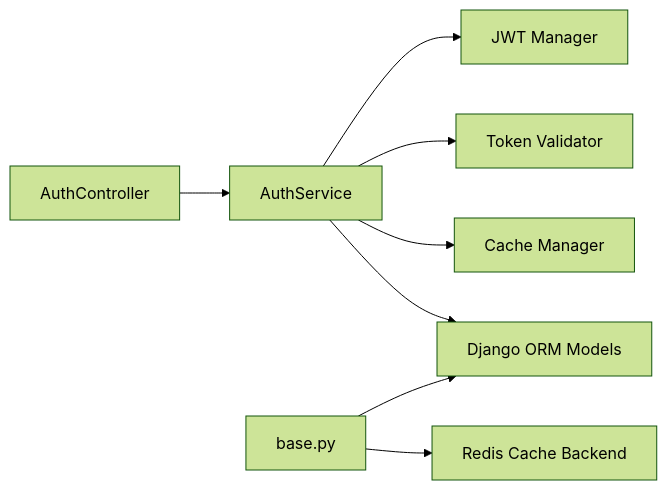
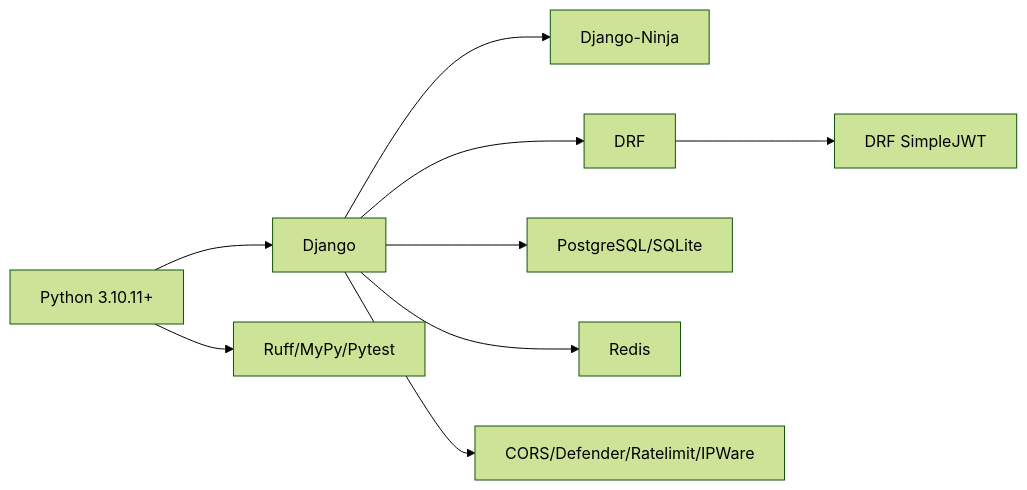
One commit to taoweidong/Hello-Django-Ninja-Api changed the fifth of 5 diagrams in .qoder/repowiki/zh/content/快速开始.md. Above: the diagram before and after it, drawn with Mermaid (forest theme). The commit also changed other lines of this file and 106 other files, not shown here.

````diff
--- a/.qoder/repowiki/zh/content/快速开始.md
+++ b/.qoder/repowiki/zh/content/快速开始.md
@@ -238,10 +256,11 @@
 ```mermaid
 graph LR
-Ctrl["AuthController"] --> Svc["AuthService"]
-Svc --> JWT["JWT Manager"]
-Svc --> TV["Token Validator"]
-Svc --> CM["Cache Manager"]
-Svc --> DB["Django ORM Models"]
-BaseCfg["base.py"] --> DB
-BaseCfg --> Cache["Redis Cache Backend"]
+Py["Python 3.10.11+"] --> Django["Django"]
+Django --> Ninja["Django-Ninja"]
+Django --> DRF["DRF"]
+DRF --> JWT["DRF SimpleJWT"]
+Django --> DB["PostgreSQL/SQLite"]
+Django --> Redis["Redis"]
+Django --> Tools["CORS/Defender/Ratelimit/IPWare"]
+Py --> DevTools["Ruff/MyPy/Pytest"]
 ```
````
